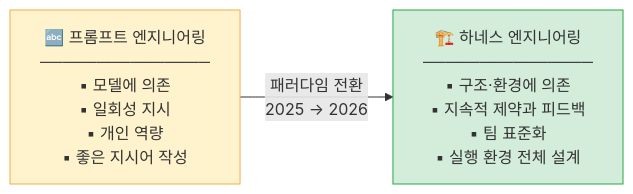
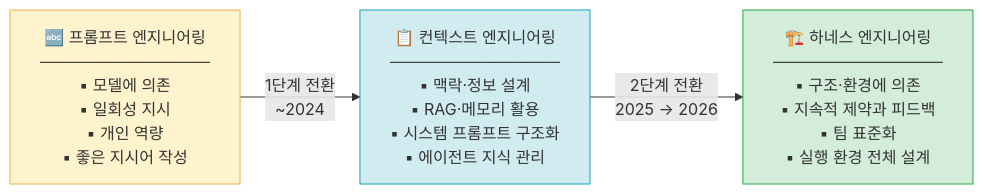
The first of 2 diagrams in content/harness_engineering.md (jeonck/it-audit-onboard), drawn with Mermaid before and after one commit.

Commit message:
패러다임 전환 다이어그램 3단계로 수정
프롬프트 엔지니어링 → 컨텍스트 엔지니어링 → 하네스 엔지니어링

````diff
--- a/content/harness_engineering.md
+++ b/content/harness_engineering.md
@@ -19,10 +19,14 @@
 ```mermaid
 flowchart LR
     PE["🔤 프롬프트 엔지니어링\n───────────────\n▪ 모델에 의존\n▪ 일회성 지시\n▪ 개인 역량\n▪ 좋은 지시어 작성"]
-    -->|"패러다임 전환\n2025 → 2026"| HE
+    -->|"1단계 전환\n~2024"| CE
+
+    CE["📋 컨텍스트 엔지니어링\n───────────────\n▪ 맥락·정보 설계\n▪ RAG·메모리 활용\n▪ 시스템 프롬프트 구조화\n▪ 에이전트 지식 관리"]
+    -->|"2단계 전환\n2025 → 2026"| HE
 
     HE["🏗️ 하네스 엔지니어링\n───────────────\n▪ 구조·환경에 의존\n▪ 지속적 제약과 피드백\n▪ 팀 표준화\n▪ 실행 환경 전체 설계"]
 
     style PE fill:#fff3cd,stroke:#f0ad4e,color:#333
+    style CE fill:#d1ecf1,stroke:#17a2b8,color:#333
     style HE fill:#d4edda,stroke:#28a745,color:#333
 ```
````
